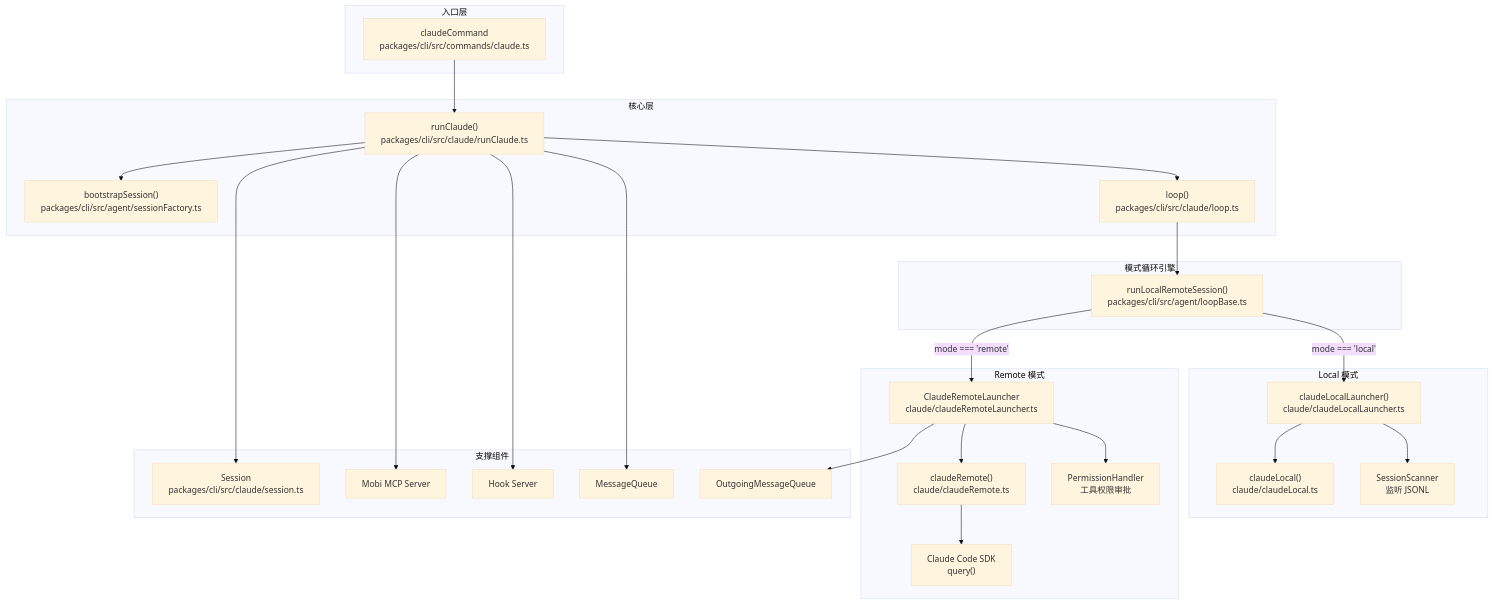
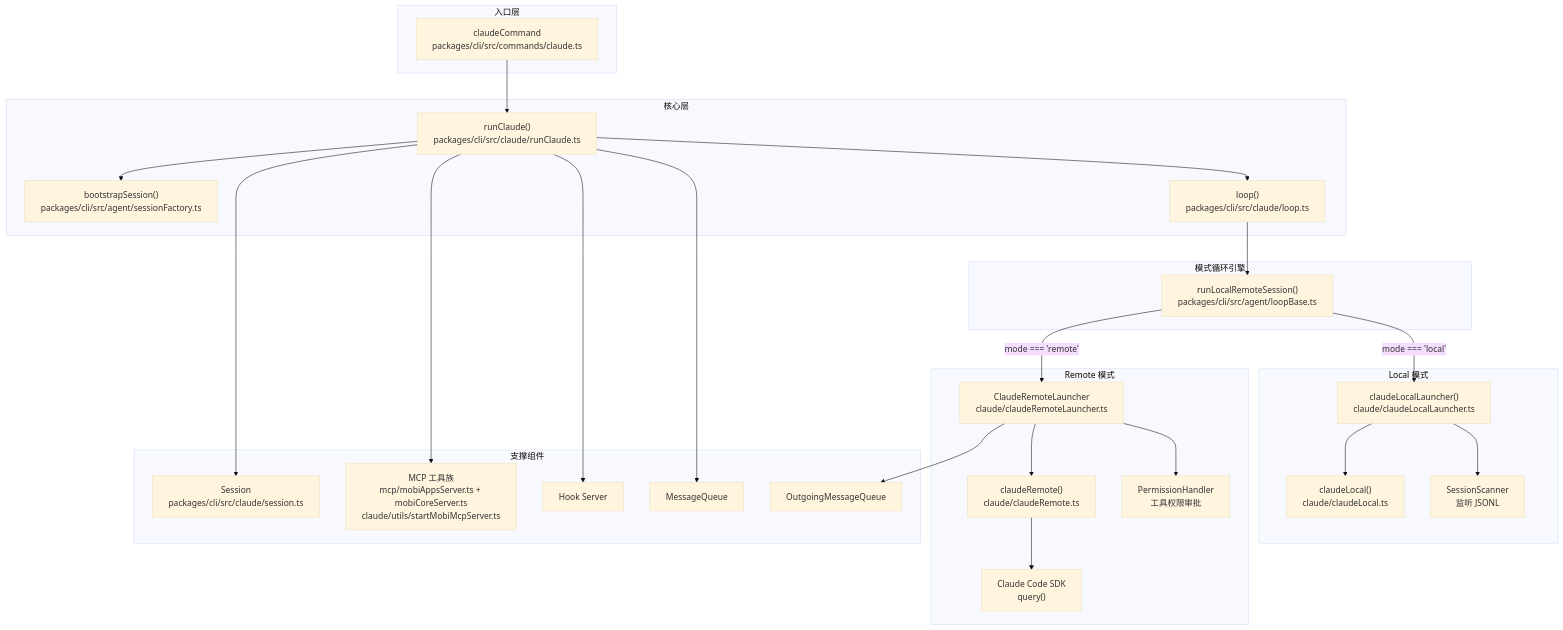
The first of 7 diagrams in docs/architecture/cli/commands/claude/README.md (ModuBit/mobi), drawn with Mermaid (base theme) before and after one commit. The commit also changed other lines of this file and 8 other files, not shown here.

First line of the commit message:
docs: 清理 MCP server 改名（mobi/mobi-web → mobi-core/mobi-apps）遗留引用

````diff
--- a/docs/architecture/cli/commands/claude/README.md
+++ b/docs/architecture/cli/commands/claude/README.md
@@ -61,54 +61,54 @@
 ```mermaid
 graph TB
     subgraph Entry["入口层"]
         Cmd["claudeCommand<br/>packages/cli/src/commands/claude.ts"]
     end
 
     subgraph Core["核心层"]
         RunClaude["runClaude()<br/>packages/cli/src/claude/runClaude.ts"]
         Bootstrap["bootstrapSession()<br/>packages/cli/src/agent/sessionFactory.ts"]
         Loop["loop()<br/>packages/cli/src/claude/loop.ts"]
     end
 
     subgraph LoopEngine["模式循环引擎"]
         LoopBase["runLocalRemoteSession()<br/>packages/cli/src/agent/loopBase.ts"]
     end
 
     subgraph LocalMode["Local 模式"]
         LocalLauncher["claudeLocalLauncher()<br/>claude/claudeLocalLauncher.ts"]
         ClaudeLocal["claudeLocal()<br/>claude/claudeLocal.ts"]
         Scanner["SessionScanner<br/>监听 JSONL"]
     end
 
     subgraph RemoteMode["Remote 模式"]
         RemoteLauncher["ClaudeRemoteLauncher<br/>claude/claudeRemoteLauncher.ts"]
         ClaudeRemote["claudeRemote()<br/>claude/claudeRemote.ts"]
         Permission["PermissionHandler<br/>工具权限审批"]
         SDK["Claude Code SDK<br/>query()"]
     end
 
     subgraph Support["支撑组件"]
         Session["Session<br/>packages/cli/src/claude/session.ts"]
-        MCP["Mobi MCP Server"]
+        MCP["MCP 工具族<br/>mcp/mobiAppsServer.ts + mobiCoreServer.ts<br/>claude/utils/startMobiMcpServer.ts"]
         HookServer["Hook Server"]
         MessageQ["MessageQueue"]
         OutgoingQ["OutgoingMessageQueue"]
     end
 
     Cmd --> RunClaude
     RunClaude --> Bootstrap
     RunClaude --> Loop
     Loop --> LoopBase
 
     LoopBase -->|"mode === 'local'"| LocalLauncher
     LoopBase -->|"mode === 'remote'"| RemoteLauncher
 
     LocalLauncher --> ClaudeLocal
     LocalLauncher --> Scanner
     RemoteLauncher --> ClaudeRemote
     RemoteLauncher --> Permission
     ClaudeRemote --> SDK
 
     RunClaude --> Session & MCP & HookServer & MessageQ
     RemoteLauncher --> OutgoingQ
 ```
````
